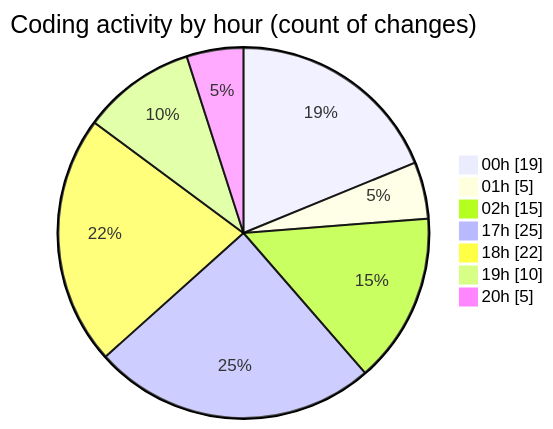
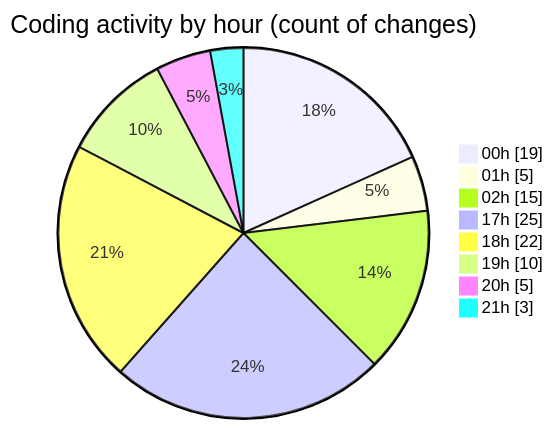
Before and after one commit to Elitesun/code-tracking: the second of 2 diagrams in 2025-02-14/elitegpt/README.md, drawn with Mermaid. The commit also changed other lines of this file and 1 other file, not shown here.

````diff
--- a/2025-02-14/elitegpt/README.md
+++ b/2025-02-14/elitegpt/README.md
@@ -44,11 +44,12 @@
 ```mermaid
 pie showData
 title Coding activity by hour (count of changes)
 "00h" : 19
 "01h" : 5
 "02h" : 15
 "17h" : 25
 "18h" : 22
 "19h" : 10
 "20h" : 5
+"21h" : 3
 ```
````
